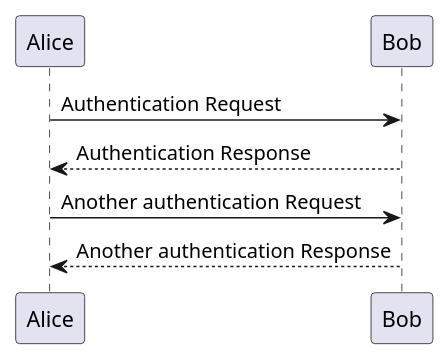
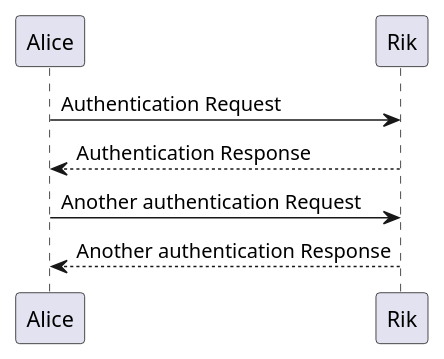
The diagram in source/docs/sample-01.puml (rikwatson/plantuml-docker), drawn with PlantUML before and after one commit. The commit also changed 1 other file, not shown here.

```diff
--- a/source/docs/sample-01.puml
+++ b/source/docs/sample-01.puml
@@ -1,7 +1,7 @@
 @startuml Sequence Sample
-Alice -> Bob: Authentication Request
-Bob --> Alice: Authentication Response
+Alice -> Rik: Authentication Request
+Rik --> Alice: Authentication Response
 
-Alice -> Bob: Another authentication Request
-Alice <-- Bob: Another authentication Response
+Alice -> Rik: Another authentication Request
+Alice <-- Rik: Another authentication Response
 @enduml
```
